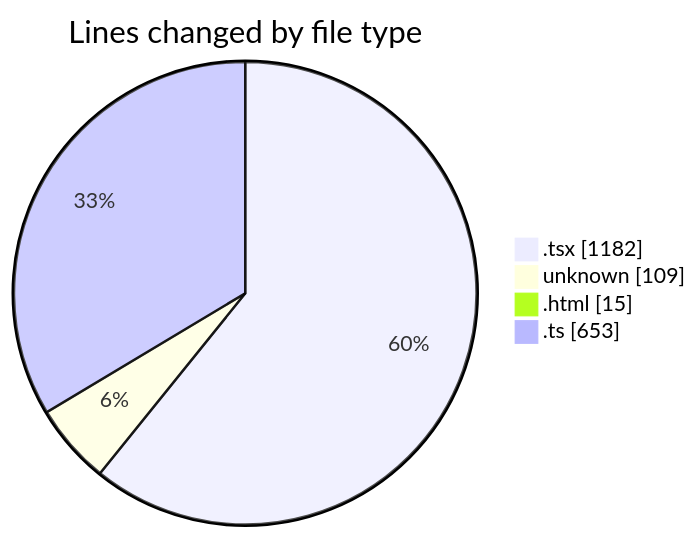
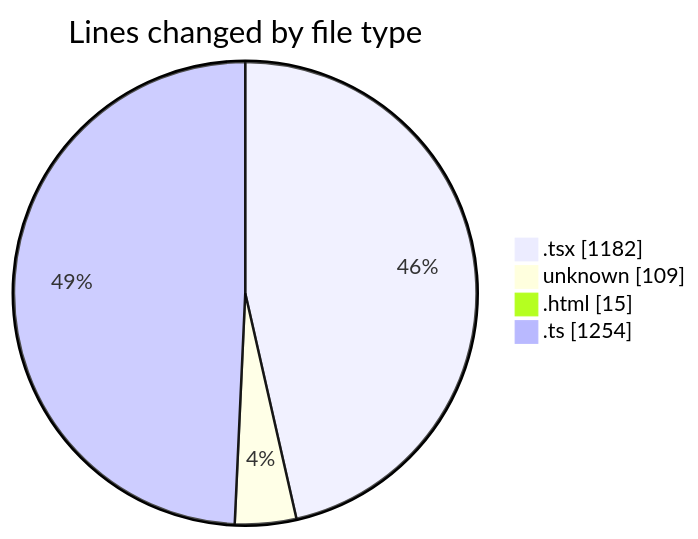
One commit to JenPaints/code-tracking changed the first of 2 diagrams in 2025-06-23/archive/README.md. Above: the diagram before and after it, drawn with Mermaid. The commit also changed other lines of this file and 1 other file, not shown here.

````diff
--- a/2025-06-23/archive/README.md
+++ b/2025-06-23/archive/README.md
@@ -25,8 +26,8 @@
 ```mermaid
 pie showData
 title Lines changed by file type
 ".tsx" : 1182
 "unknown" : 109
 ".html" : 15
-".ts" : 653
+".ts" : 1254
 ```
````
